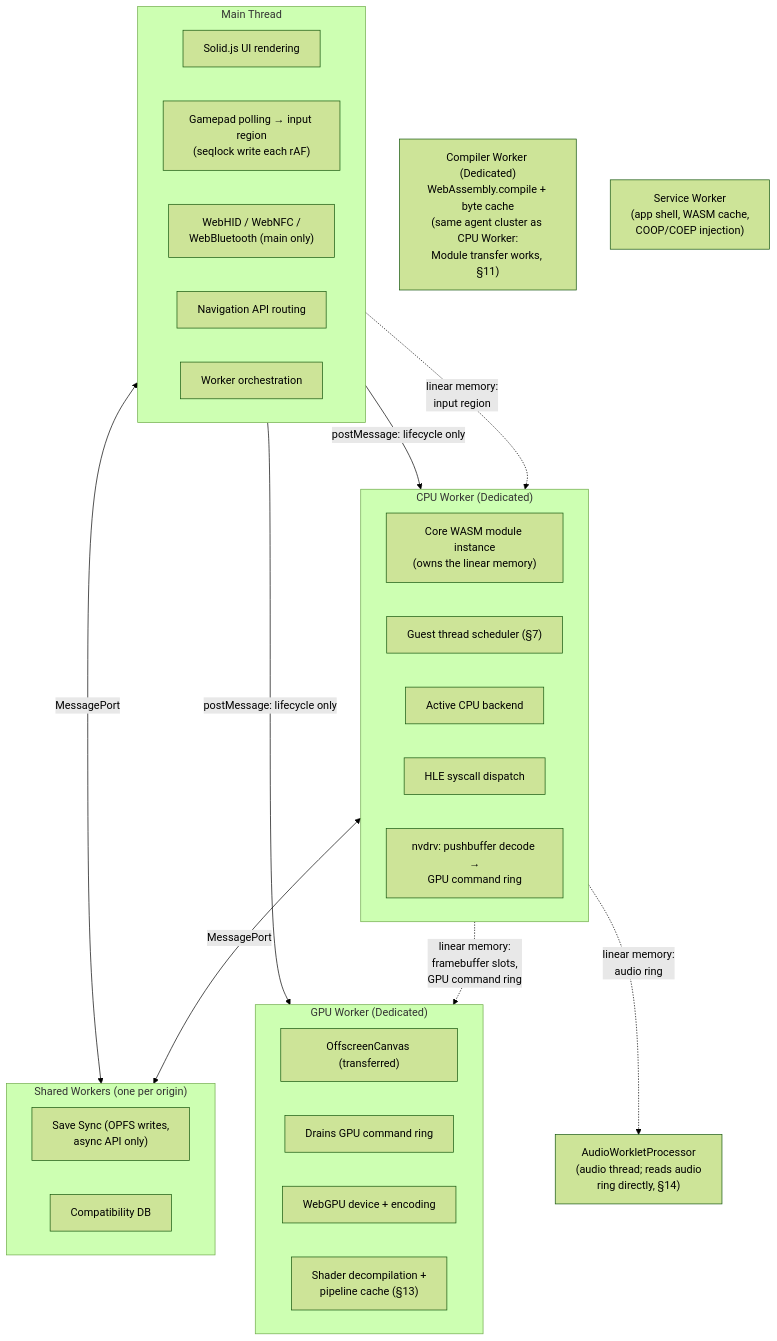
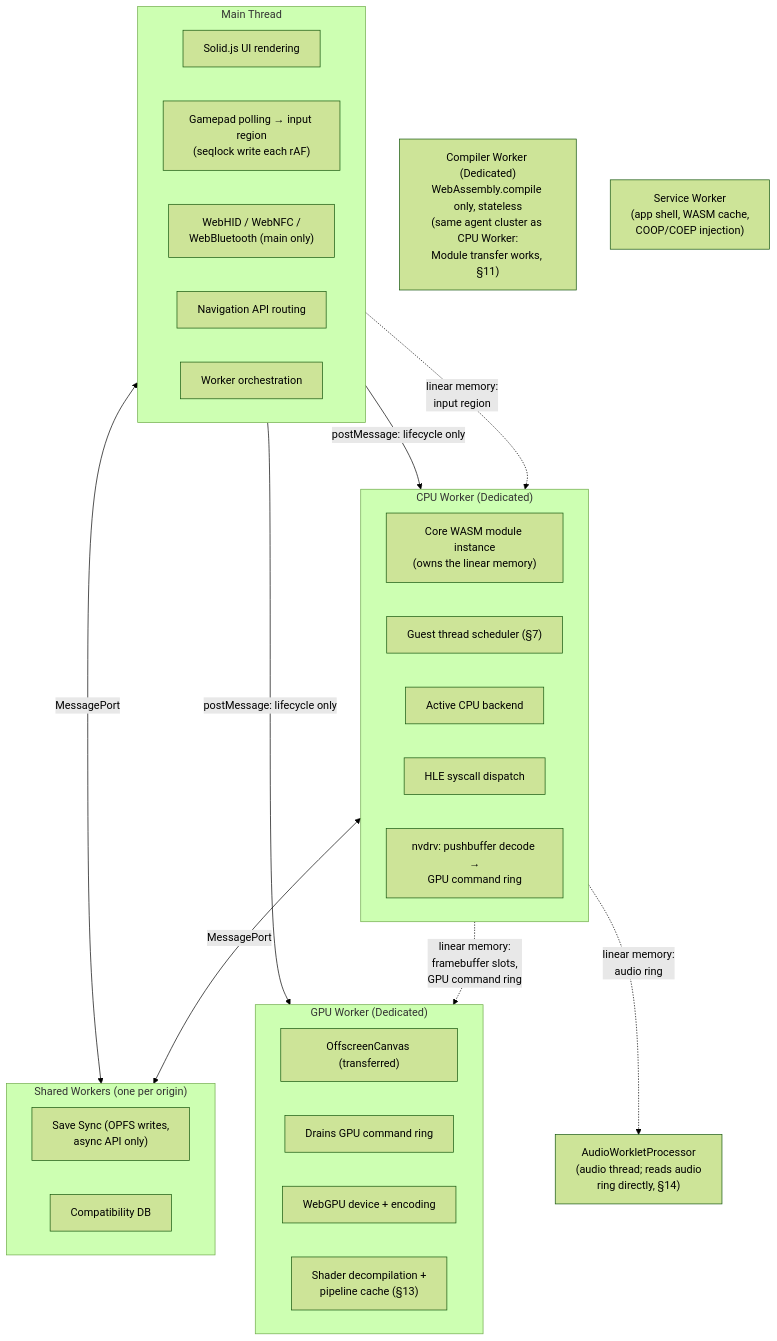
The second of 15 diagrams in docs/DESIGN.md (voland-emu/Voland), drawn with Mermaid (forest theme) before and after one commit. The commit also changed other lines of this file and 4 other files, not shown here.

````diff
--- a/docs/DESIGN.md
+++ b/docs/DESIGN.md
@@ -596,45 +609,45 @@
 ```mermaid
 flowchart TB
     subgraph Main["Main Thread"]
         UI["Solid.js UI rendering"]
         GP["Gamepad polling → input region<br/>(seqlock write each rAF)"]
         HID["WebHID / WebNFC /<br/>WebBluetooth (main only)"]
         NAV["Navigation API routing"]
         ORCH["Worker orchestration"]
     end
 
     subgraph CPU["CPU Worker (Dedicated)"]
         CORE["Core WASM module instance<br/>(owns the linear memory)"]
         SCHED["Guest thread scheduler (§7)"]
         BACK["Active CPU backend"]
         HLED["HLE syscall dispatch"]
         NVD["nvdrv: pushbuffer decode →<br/>GPU command ring"]
     end
 
     subgraph GPU["GPU Worker (Dedicated)"]
         OFF["OffscreenCanvas (transferred)"]
         DRAIN["Drains GPU command ring"]
         WGPU["WebGPU device + encoding"]
         SHC["Shader decompilation +<br/>pipeline cache (§13)"]
     end
 
-    COMPW["Compiler Worker (Dedicated)<br/>WebAssembly.compile + byte cache<br/>(same agent cluster as CPU Worker:<br/>Module transfer works, §11)"]
+    COMPW["Compiler Worker (Dedicated)<br/>WebAssembly.compile only, stateless<br/>(same agent cluster as CPU Worker:<br/>Module transfer works, §11)"]
 
     AWP["AudioWorkletProcessor<br/>(audio thread; reads audio<br/>ring directly, §14)"]
 
     subgraph SHARED["Shared Workers (one per origin)"]
         SAVE["Save Sync (OPFS writes,<br/>async API only)"]
         DB["Compatibility DB"]
     end
 
     SW["Service Worker<br/>(app shell, WASM cache,<br/>COOP/COEP injection)"]
 
     Main -->|postMessage: lifecycle only| CPU
     Main -->|postMessage: lifecycle only| GPU
     Main <-->|MessagePort| SHARED
     CPU <-->|MessagePort| SHARED
 
     Main -.->|"linear memory:<br/>input region"| CPU
     CPU -.->|"linear memory:<br/>framebuffer slots,<br/>GPU command ring"| GPU
     CPU -.->|"linear memory:<br/>audio ring"| AWP
 ```
````
